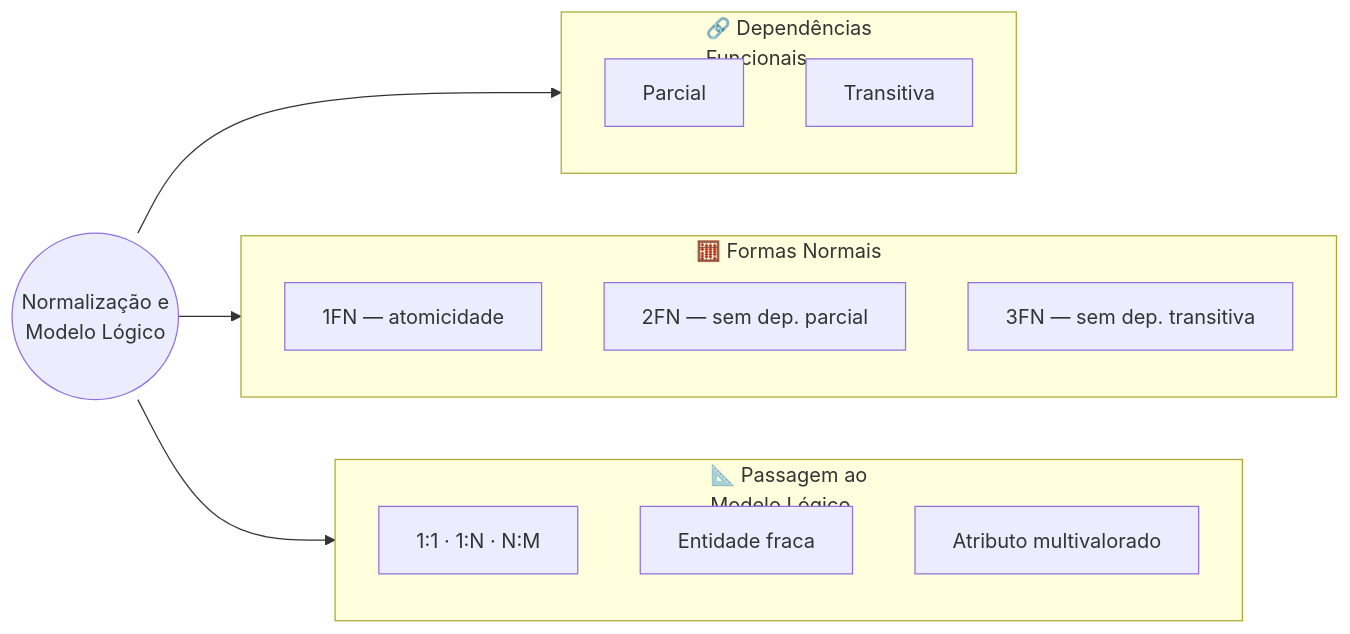
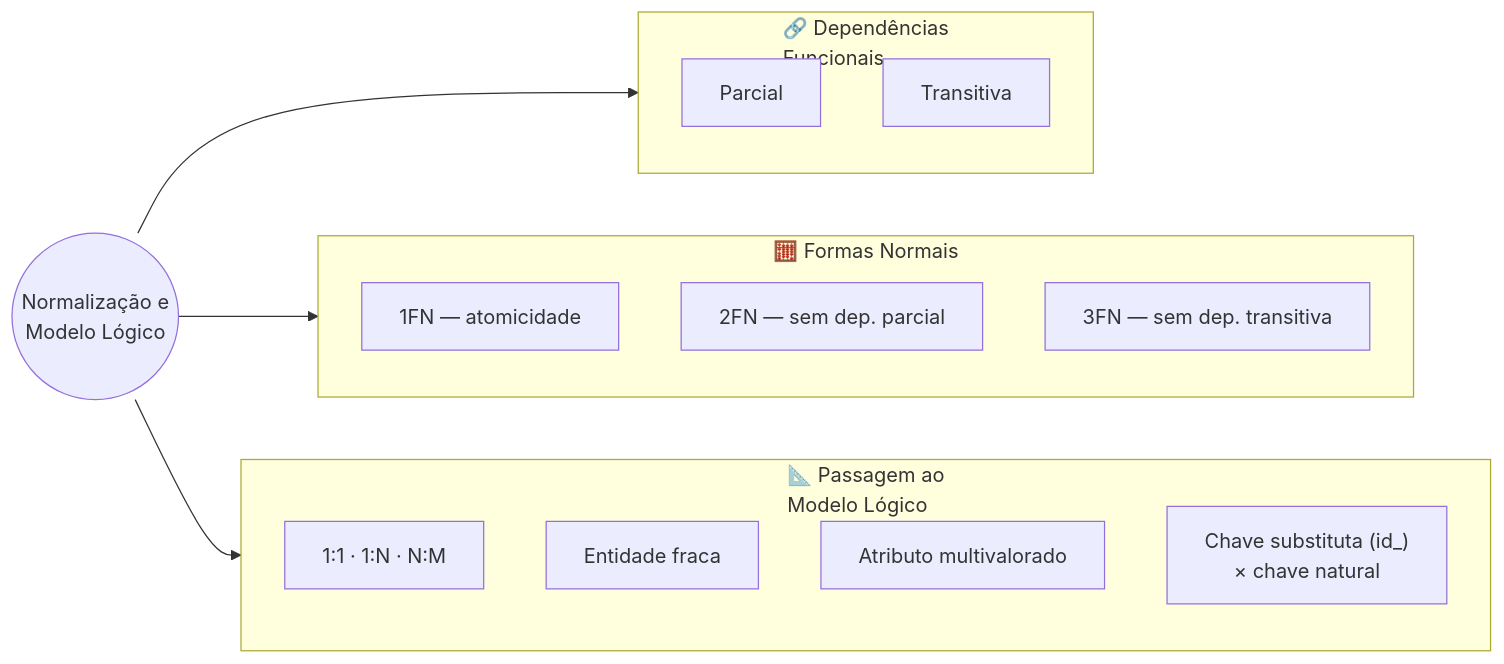
The first of 9 diagrams in docs/aulas/Aula_02_Normalizacao.md (DSM-Fatec-Jahu/BDR-DSM-2026-2), drawn with Mermaid before and after one commit. The commit also changed other lines of this file and 1 other file, not shown here.

````diff
--- a/docs/aulas/Aula_02_Normalizacao.md
+++ b/docs/aulas/Aula_02_Normalizacao.md
@@ -22,27 +22,28 @@
 ```mermaid
 flowchart LR
     ROOT(("Normalização e<br/>Modelo Lógico"))
 
     ROOT --> DF
     subgraph DF["🔗 Dependências<br/>Funcionais"]
         direction TB
         DF1["Parcial"]
         DF2["Transitiva"]
     end
 
     ROOT --> FN
     subgraph FN["🧮 Formas Normais"]
         direction TB
         FN1["1FN — atomicidade"]
         FN2["2FN — sem dep. parcial"]
         FN3["3FN — sem dep. transitiva"]
     end
 
     ROOT --> ML
     subgraph ML["📐 Passagem ao<br/>Modelo Lógico"]
         direction TB
         ML1["1:1 · 1:N · N:M"]
         ML2["Entidade fraca"]
         ML3["Atributo multivalorado"]
+        ML4["Chave substituta (id_)<br/>× chave natural"]
     end
 ```
````
